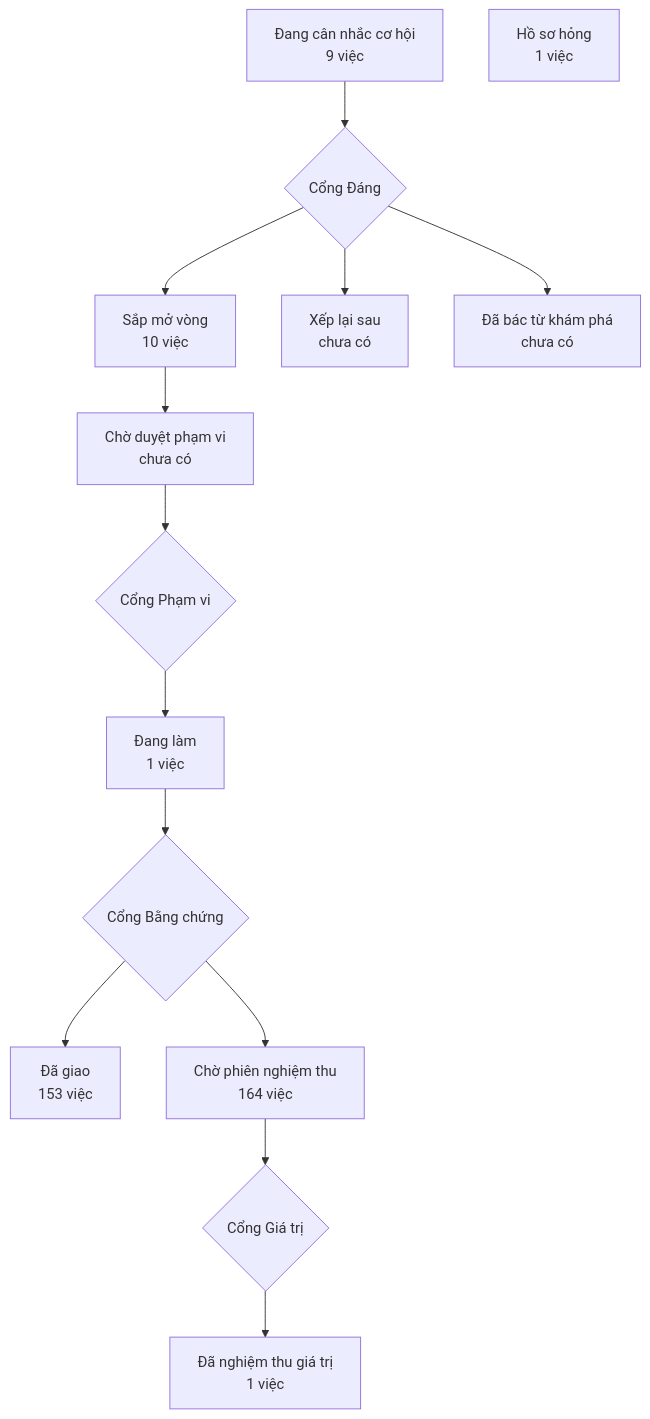
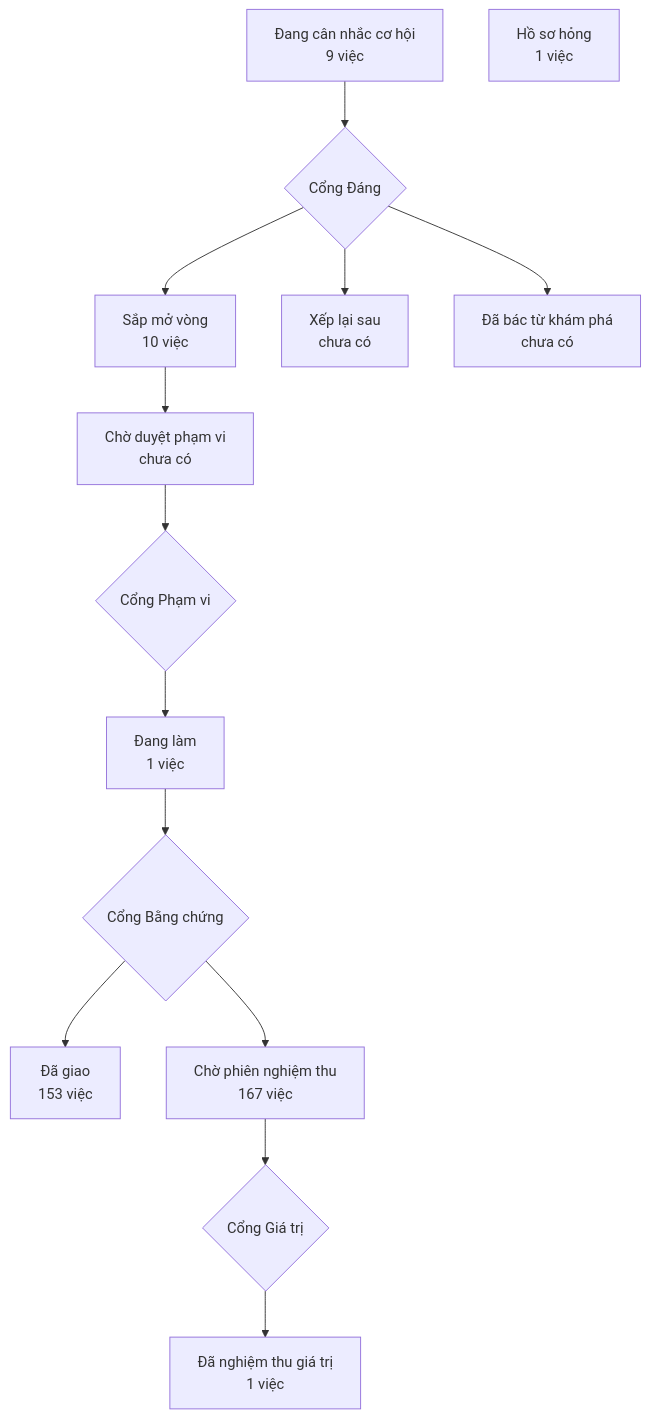
The diagram in PRODUCT-MAP.md (phanlemanh/crm-onehub), drawn with Mermaid before and after one commit. The commit also changed other lines of this file and 1 other file, not shown here.

````diff
--- a/PRODUCT-MAP.md
+++ b/PRODUCT-MAP.md
@@ -7,13 +7,13 @@
 ```mermaid
 flowchart TD
   A["Đang cân nhắc cơ hội<br/>9 việc"] --> GD{"Cổng Đáng"}
   GD --> B["Sắp mở vòng<br/>10 việc"]
   GD --> XL["Xếp lại sau<br/>chưa có"]
   GD --> DB["Đã bác từ khám phá<br/>chưa có"]
   B --> CD["Chờ duyệt phạm vi<br/>chưa có"] --> GP{"Cổng Phạm vi"}
   GP --> DL["Đang làm<br/>1 việc"] --> GB{"Cổng Bằng chứng"}
   GB --> DG["Đã giao<br/>153 việc"]
-  GB --> CN["Chờ phiên nghiệm thu<br/>164 việc"] --> GG{"Cổng Giá trị"}
+  GB --> CN["Chờ phiên nghiệm thu<br/>167 việc"] --> GG{"Cổng Giá trị"}
   GG --> NT["Đã nghiệm thu giá trị<br/>1 việc"]
   HS["Hồ sơ hỏng<br/>1 việc"]
 ```
````
